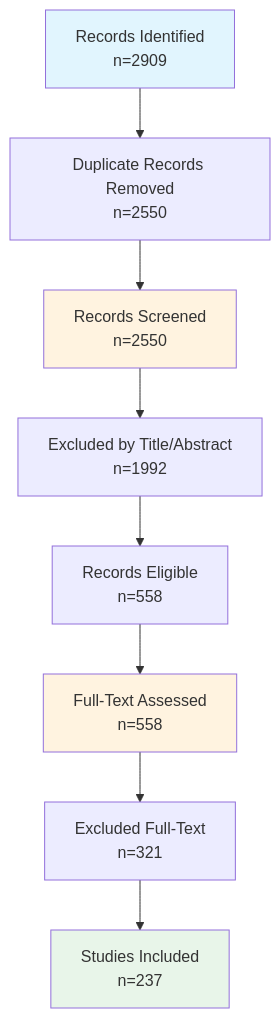
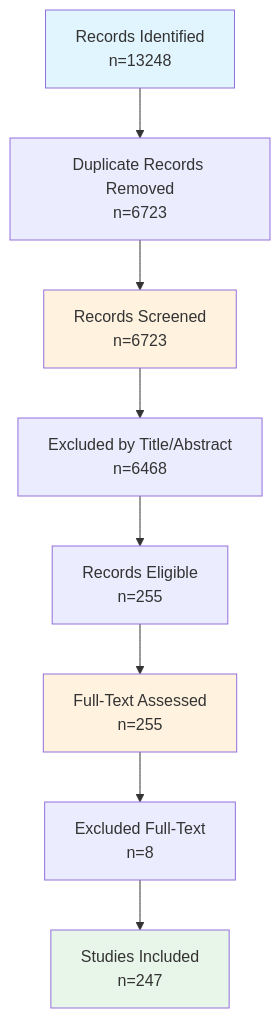
The diagram in slr_results/09_report.md (OliveiraEdu/R), drawn with Mermaid before and after one commit. The commit also changed other lines of this file and 98 other files, not shown here.

````diff
--- a/slr_results/09_report.md
+++ b/slr_results/09_report.md
@@ -32,14 +32,14 @@
 ```mermaid
 flowchart TD
-    A[Records Identified<br/>n=2909] --> B[Duplicate Records Removed<br/>n=2550]
-    B --> C[Records Screened<br/>n=2550]
-    C --> D[Excluded by Title/Abstract<br/>n=1992]
-    D --> E[Records Eligible<br/>n=558]
-    E --> F[Full-Text Assessed<br/>n=558]
-    F --> G[Excluded Full-Text<br/>n=321]
-    G --> H[Studies Included<br/>n=237]
+    A[Records Identified<br/>n=13248] --> B[Duplicate Records Removed<br/>n=6723]
+    B --> C[Records Screened<br/>n=6723]
+    C --> D[Excluded by Title/Abstract<br/>n=6468]
+    D --> E[Records Eligible<br/>n=255]
+    E --> F[Full-Text Assessed<br/>n=255]
+    F --> G[Excluded Full-Text<br/>n=8]
+    G --> H[Studies Included<br/>n=247]
     style A fill:#e1f5fe
     style C fill:#fff3e0
     style F fill:#fff3e0
     style H fill:#e8f5e9
 ```
````
